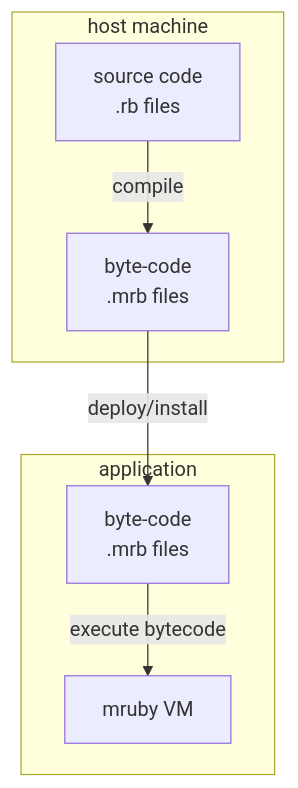
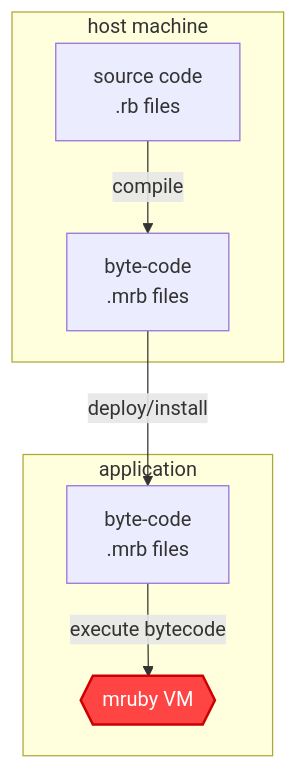
One commit to hadashiA/MRubyCS changed the diagram in README.md. Above: the diagram before and after it, drawn with Mermaid.

````diff
--- a/README.md
+++ b/README.md
@@ -728,18 +728,16 @@
 ```mermaid
 graph TB
     subgraph host["host machine"]
         A[source code<br/>.rb files]
         C[byte-code<br/>.mrb files]
-
         A -->|compile| C
     end
-
     C -->|deploy/install| E
-
     subgraph application["application"]
-        D[mruby VM]
+        D{{mruby VM}}
         E[byte-code<br>.mrb files]
-
         E -->|execute bytecode| D
     end
+
+    style D fill:#ff4444,stroke:#cc0000,color:#ffffff,stroke-width:2px
 ```
````
